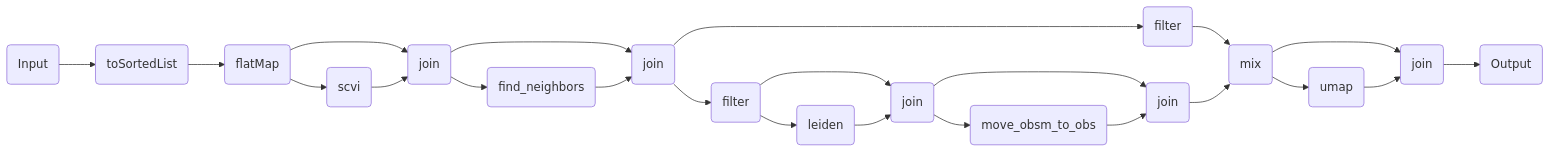
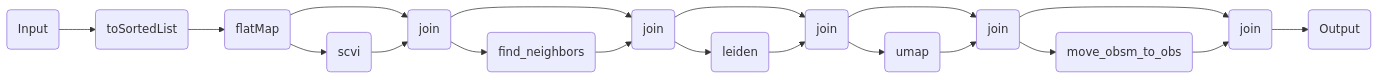
The diagram in components/workflows/multiomics/integration/scvi_leiden.qmd (openpipelines-bio/website), drawn with Mermaid before and after one commit. The commit also changed other lines of this file and 92 other files, not shown here.

````diff
--- a/components/workflows/multiomics/integration/scvi_leiden.qmd
+++ b/components/workflows/multiomics/integration/scvi_leiden.qmd
@@ -163,44 +163,37 @@
 ```{mermaid}
 %%| column: screen-inset-shaded
 flowchart LR
     v0(Input)
-    v2(toSortedList)
-    v4(flatMap)
-    v10(scvi)
-    v12(join)
-    v20(find_neighbors)
-    v22(join)
-    v25(filter)
-    v31(leiden)
-    v33(join)
-    v41(move_obsm_to_obs)
-    v43(join)
-    v47(mix)
-    v46(filter)
-    v53(umap)
+    v3(toSortedList)
+    v5(flatMap)
+    v12(scvi)
+    v14(join)
+    v23(find_neighbors)
+    v25(join)
+    v33(leiden)
+    v35(join)
+    v43(umap)
+    v45(join)
+    v53(move_obsm_to_obs)
     v55(join)
-    v61(Output)
-    v46-->v47
-    v0-->v2
-    v2-->v4
-    v4-->v12
-    v4-->v10
-    v10-->v12
-    v12-->v22
-    v12-->v20
-    v20-->v22
-    v22-->v25
-    v22-->v46
+    v62(Output)
+    v0-->v3
+    v3-->v5
+    v5-->v14
+    v5-->v12
+    v12-->v14
+    v14-->v25
+    v14-->v23
+    v23-->v25
+    v25-->v35
     v25-->v33
-    v25-->v31
-    v31-->v33
-    v33-->v43
-    v33-->v41
-    v41-->v43
-    v43-->v47
-    v47-->v55
-    v47-->v53
+    v33-->v35
+    v35-->v45
+    v35-->v43
+    v43-->v45
+    v45-->v55
+    v45-->v53
     v53-->v55
-    v55-->v61
+    v55-->v62
 
 ```
````
